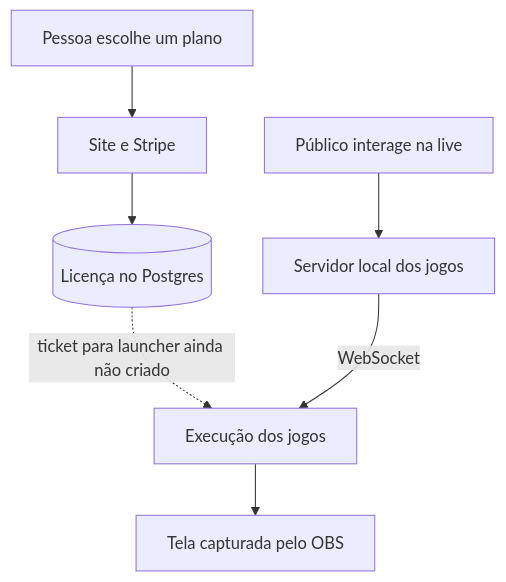
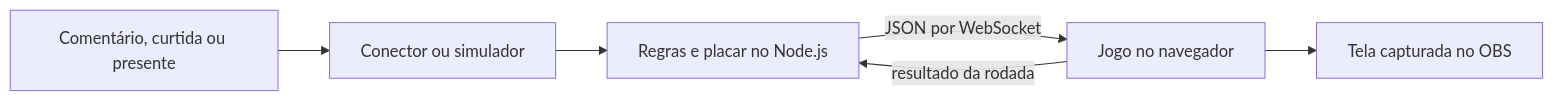
One commit to theuzao/santi-hub-docs changed the second of 2 diagrams in README.md. Above: the diagram before and after it, drawn with Mermaid. The commit also changed other lines of this file and 6 other files, not shown here.

Commit message:
docs: destacar diagramas e capturas reais do produto

````diff
--- a/README.md
+++ b/README.md
@@ -17,9 +24,8 @@
 ```mermaid
-flowchart TB
-  A[Pessoa escolhe um plano] --> B[Site e Stripe]
-  B --> C[(Licença no Postgres)]
-  C -. ticket para launcher ainda não criado .-> D[Execução dos jogos]
-  E[Público interage na live] --> F[Servidor local dos jogos]
-  F -->|WebSocket| D
-  D --> G[Tela capturada pelo OBS]
+flowchart LR
+  A[Comentário, curtida ou presente] --> B[Conector ou simulador]
+  B --> C[Regras e placar no Node.js]
+  C -->|JSON por WebSocket| D[Jogo no navegador]
+  D --> E[Tela capturada no OBS]
+  D -->|resultado da rodada| C
 ```
````
